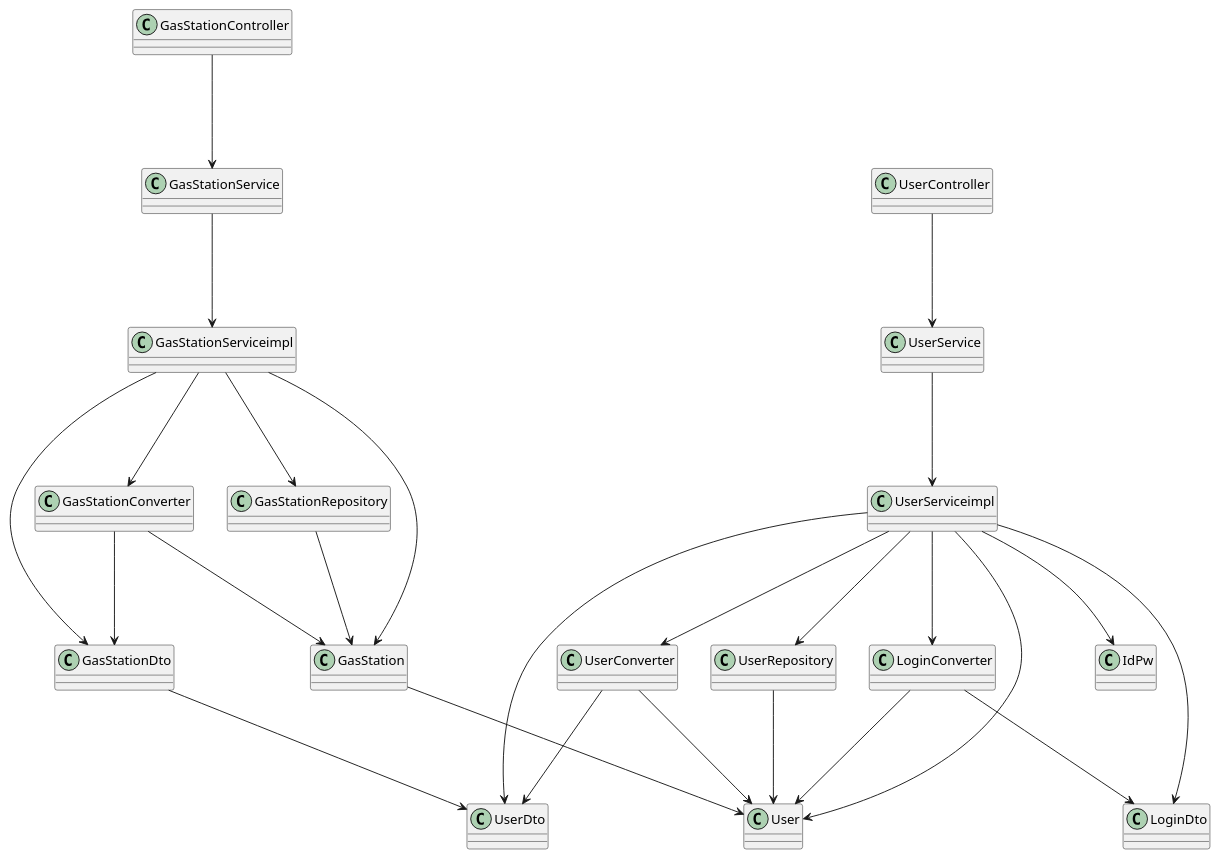
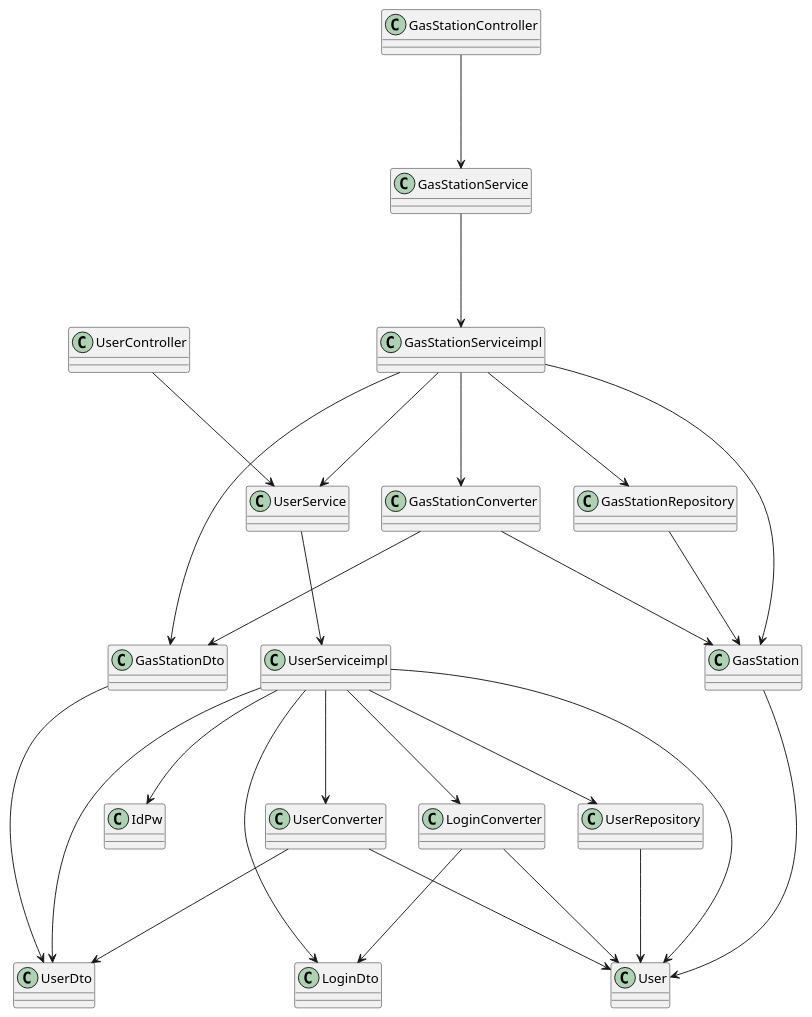
Before and after one commit to mosTavassoli/ezgas: the diagram in docs/IntegrationApiTestReport.md, drawn with PlantUML. The commit also changed 2 other files, not shown here.

Commit message:
test: update report and start GasStationServiceimpl.java testing

````diff
--- a/docs/IntegrationApiTestReport.md
+++ b/docs/IntegrationApiTestReport.md
@@ -27,60 +27,61 @@
 ```plantuml
 top to bottom direction
 class User
 class UserDto
 class UserRepository
 class UserConverter
 class UserServiceimpl
 class UserService
 class UserController
 
 class IdPw
 
 class LoginDto
 class LoginConverter
 
 class GasStation
 class GasStationDto
 class GasStationRepository
 class GasStationServiceimpl
 class GasStationService
 
 UserRepository         ---> User
    
 UserConverter          ---> User
 UserConverter          ---> UserDto
    
 UserServiceimpl        ---> UserConverter
 UserServiceimpl        ---> UserRepository
 UserServiceimpl        ---> IdPw
 UserServiceimpl        ---> User
 UserServiceimpl        ---> UserDto
 UserServiceimpl        ---> LoginDto
 UserServiceimpl        ---> LoginConverter
 
 UserService            ---> UserServiceimpl
 
 UserController         ---> UserService
 
 LoginConverter         ---> LoginDto
 LoginConverter         ---> User
 
 GasStation             ---> User
 
 GasStationDto          ---> UserDto
 
 GasStationRepository   ---> GasStation
 
 GasStationConverter    ---> GasStation
 GasStationConverter    ---> GasStationDto
 
 GasStationServiceimpl  ---> GasStationRepository
 GasStationServiceimpl  ---> GasStationConverter
 GasStationServiceimpl  ---> GasStation
 GasStationServiceimpl  ---> GasStationDto
+GasStationServiceimpl  ---> UserService
 
 GasStationService      ---> GasStationServiceimpl 
 
 GasStationController   ---> GasStationService
 
 ```
````
